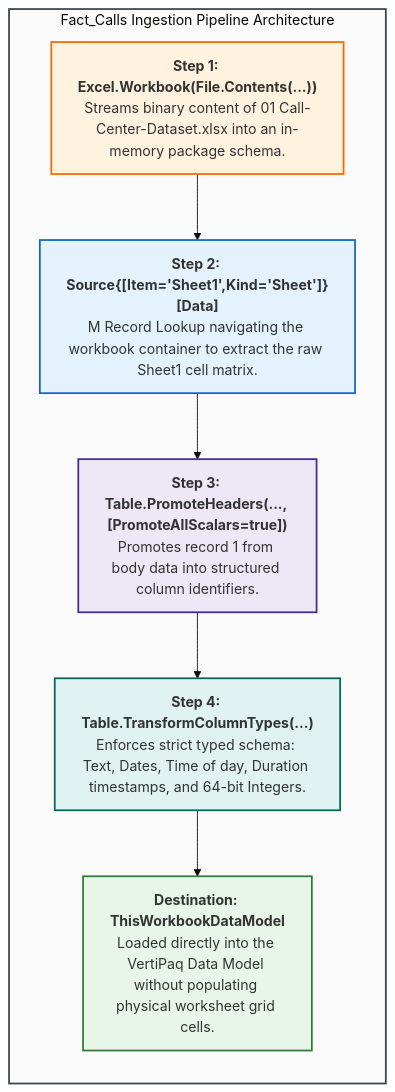
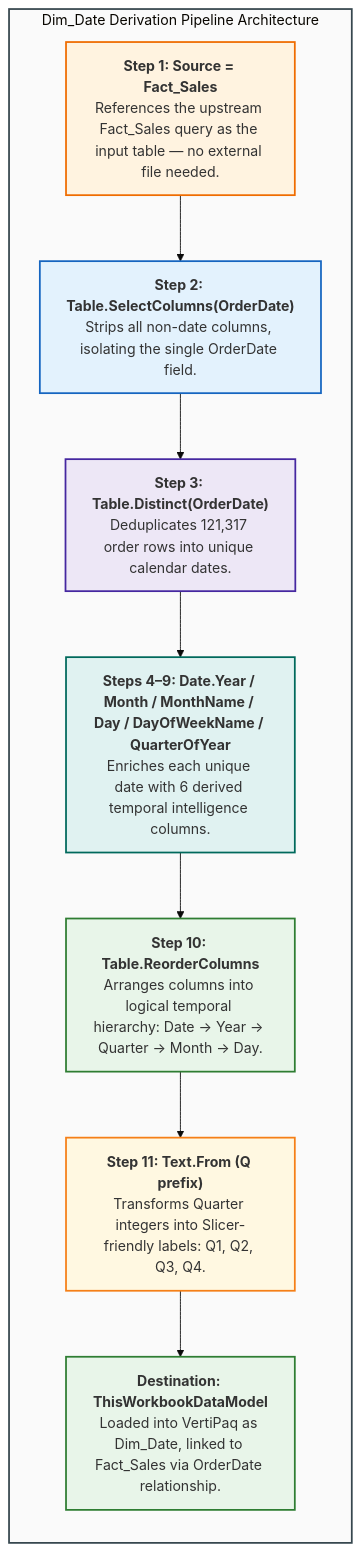
The sixth of 7 diagrams in 02_Notes/08_Power_Query_and_M/04_Introduction_to_M_Language_and_APIs.md (Sohila-Khaled-Abbas/COURSE-EXCEL-ZERO-TO-HERO), drawn with Mermaid (base theme) before and after one commit. The commit also changed other lines of this file and 5 other files, not shown here.

First line of the commit message:
docs: replace Fact_Calls with Dim_Date Star Schema calendar dimension

````diff
--- a/02_Notes/08_Power_Query_and_M/04_Introduction_to_M_Language_and_APIs.md
+++ b/02_Notes/08_Power_Query_and_M/04_Introduction_to_M_Language_and_APIs.md
@@ -412,20 +484,24 @@
 ```mermaid
 flowchart TD
-    subgraph M_PIPELINE ["Fact_Calls Ingestion Pipeline Architecture"]
+    subgraph DIM_PIPELINE ["Dim_Date Derivation Pipeline Architecture"]
         direction TB
-        S1["<b>Step 1: Excel.Workbook(File.Contents(...))</b><br/>Streams binary content of 01 Call-Center-Dataset.xlsx into an in-memory package schema."]
-        S2["<b>Step 2: Source{[Item='Sheet1',Kind='Sheet']}[Data]</b><br/>M Record Lookup navigating the workbook container to extract the raw Sheet1 cell matrix."]
-        S3["<b>Step 3: Table.PromoteHeaders(..., [PromoteAllScalars=true])</b><br/>Promotes record 1 from body data into structured column identifiers."]
-        S4["<b>Step 4: Table.TransformColumnTypes(...)</b><br/>Enforces strict typed schema: Text, Dates, Time of day, Duration timestamps, and 64-bit Integers."]
-        S5["<b>Destination: ThisWorkbookDataModel</b><br/>Loaded directly into the VertiPaq Data Model without populating physical worksheet grid cells."]
-        
-        S1 --> S2 --> S3 --> S4 --> S5
+        S1["<b>Step 1: Source = Fact_Sales</b><br/>References the upstream Fact_Sales query as the input table — no external file needed."]
+        S2["<b>Step 2: Table.SelectColumns(OrderDate)</b><br/>Strips all non-date columns, isolating the single OrderDate field."]
+        S3["<b>Step 3: Table.Distinct(OrderDate)</b><br/>Deduplicates 121,317 order rows into unique calendar dates."]
+        S4["<b>Steps 4–9: Date.Year / Month / MonthName / Day / DayOfWeekName / QuarterOfYear</b><br/>Enriches each unique date with 6 derived temporal intelligence columns."]
+        S5["<b>Step 10: Table.ReorderColumns</b><br/>Arranges columns into logical temporal hierarchy: Date → Year → Quarter → Month → Day."]
+        S6["<b>Step 11: Text.From (Q prefix)</b><br/>Transforms Quarter integers into Slicer-friendly labels: Q1, Q2, Q3, Q4."]
+        S7["<b>Destination: ThisWorkbookDataModel</b><br/>Loaded into VertiPaq as Dim_Date, linked to Fact_Sales via OrderDate relationship."]
+
+        S1 --> S2 --> S3 --> S4 --> S5 --> S6 --> S7
     end
 
-    style M_PIPELINE fill:#fafafa,stroke:#37474f,stroke-width:2px
+    style DIM_PIPELINE fill:#fafafa,stroke:#37474f,stroke-width:2px
     style S1 fill:#fff3e0,stroke:#ef6c00,stroke-width:2px
     style S2 fill:#e3f2fd,stroke:#1565c0,stroke-width:2px
     style S3 fill:#ede7f6,stroke:#4527a0,stroke-width:2px
     style S4 fill:#e0f2f1,stroke:#00695c,stroke-width:2px
     style S5 fill:#e8f5e9,stroke:#2e7d32,stroke-width:2px
+    style S6 fill:#fff8e1,stroke:#f57f17,stroke-width:2px
+    style S7 fill:#e8f5e9,stroke:#2e7d32,stroke-width:2px
 ```
````
